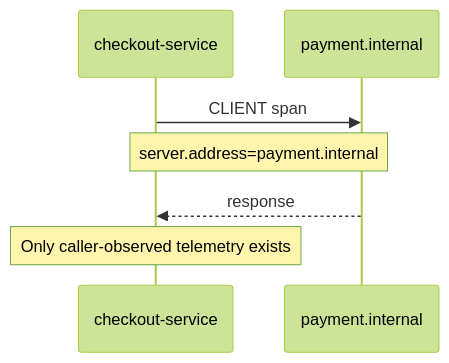
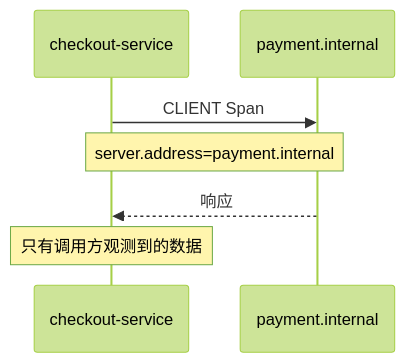
The third of 13 diagrams in docs/datadog/inferred-services.md (XiaoWeiKIN/Observability-Lab), drawn with Mermaid (forest theme) before and after one commit. The commit also changed other lines of this file, not shown here.

````diff
--- a/docs/datadog/inferred-services.md
+++ b/docs/datadog/inferred-services.md
@@ -89,10 +93,10 @@
-```mermaid
+~~~mermaid
 sequenceDiagram
     participant C as checkout-service
     participant P as payment.internal
 
-    C->>P: CLIENT span
+    C->>P: CLIENT Span
     Note over C,P: server.address=payment.internal
-    P-->>C: response
-    Note over C: Only caller-observed telemetry exists
-```
+    P-->>C: 响应
+    Note over C: 只有调用方观测到的数据
+~~~
````
